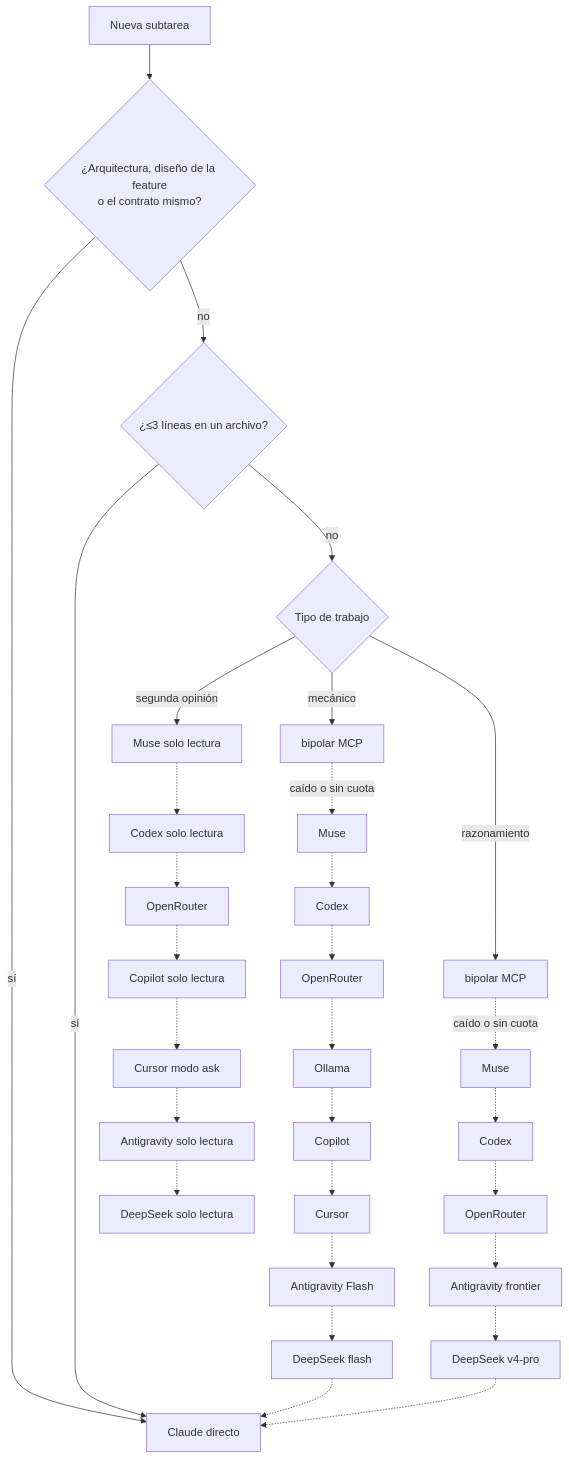
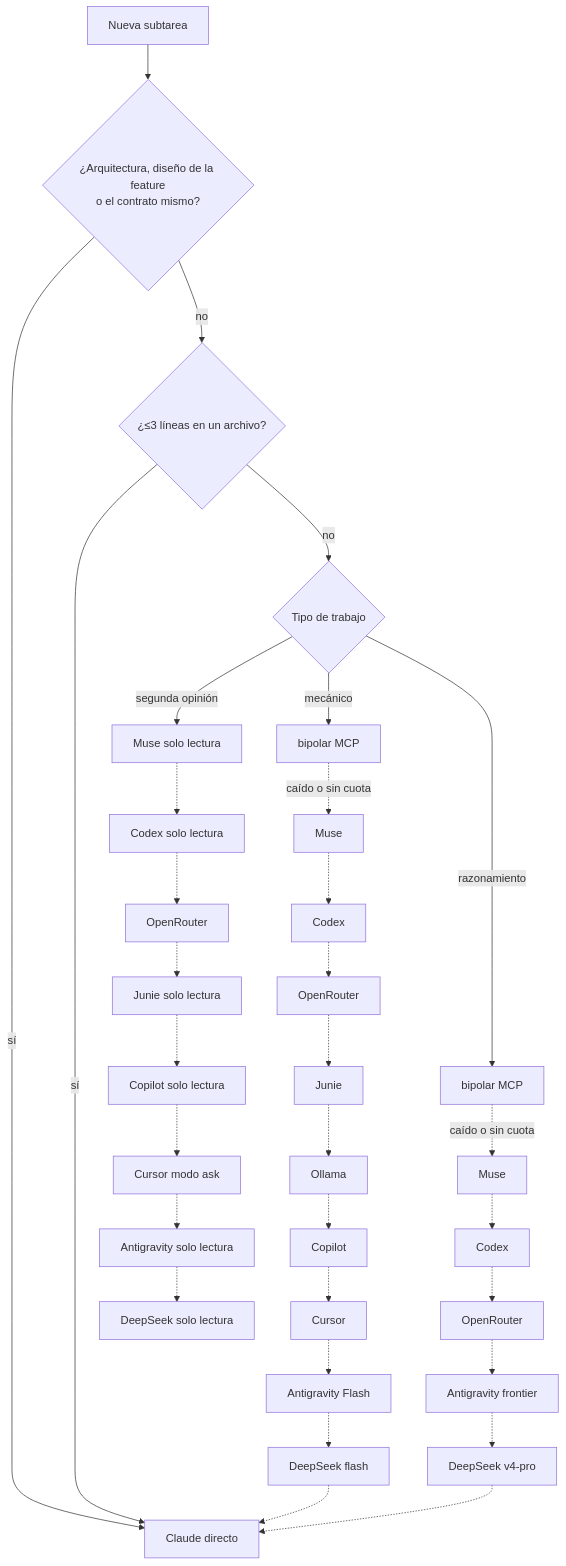
The second of 3 diagrams in README.es.md (santiquiroz/claude-delegation-kit), drawn with Mermaid before and after one commit. The commit also changed other lines of this file and 6 other files, not shown here.

````diff
--- a/README.es.md
+++ b/README.es.md
@@ -33,11 +33,11 @@
 ```mermaid
 flowchart TD
     T["Nueva subtarea"] --> Q1{"¿Arquitectura, diseño de la feature<br/>o el contrato mismo?"}
     Q1 -->|sí| IN["Claude directo"]
     Q1 -->|no| Q2{"¿≤3 líneas en un archivo?"}
     Q2 -->|sí| IN
     Q2 -->|no| Q3{"Tipo de trabajo"}
-    Q3 -->|mecánico| M0["bipolar MCP"] -.->|"caído o sin cuota"| M1["Muse"] -.-> M2["Codex"] -.-> M3["OpenRouter"] -.-> M4["Ollama"] -.-> M5["Copilot"] -.-> M6["Cursor"] -.-> M7["Antigravity Flash"] -.-> M8["DeepSeek flash"] -.-> IN
+    Q3 -->|mecánico| M0["bipolar MCP"] -.->|"caído o sin cuota"| M1["Muse"] -.-> M2["Codex"] -.-> M3["OpenRouter"] -.-> M3b["Junie"] -.-> M4["Ollama"] -.-> M5["Copilot"] -.-> M6["Cursor"] -.-> M7["Antigravity Flash"] -.-> M8["DeepSeek flash"] -.-> IN
     Q3 -->|razonamiento| R0["bipolar MCP"] -.->|"caído o sin cuota"| R1["Muse"] -.-> R2["Codex"] -.-> R3["OpenRouter"] -.-> R4["Antigravity frontier"] -.-> R5["DeepSeek v4-pro"] -.-> IN
-    Q3 -->|segunda opinión| S1["Muse solo lectura"] -.-> S2["Codex solo lectura"] -.-> S3["OpenRouter"] -.-> S4["Copilot solo lectura"] -.-> S5["Cursor modo ask"] -.-> S6["Antigravity solo lectura"] -.-> S7["DeepSeek solo lectura"]
+    Q3 -->|segunda opinión| S1["Muse solo lectura"] -.-> S2["Codex solo lectura"] -.-> S3["OpenRouter"] -.-> S3b["Junie solo lectura"] -.-> S4["Copilot solo lectura"] -.-> S5["Cursor modo ask"] -.-> S6["Antigravity solo lectura"] -.-> S7["DeepSeek solo lectura"]
 ```
````
